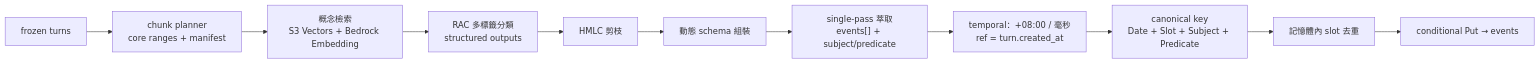
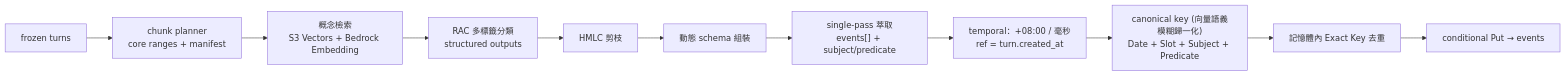
Before and after one commit to 45678XYZ/ai-elder-care: the diagram in docs/feature_events-extraction.md, drawn with Mermaid. The commit also changed other lines of this file, not shown here.

Commit message:
docs(extraction): document open-world predicate resolution and event disaggregation

````diff
--- a/docs/feature_events-extraction.md
+++ b/docs/feature_events-extraction.md
@@ -81,13 +85,13 @@
 ```mermaid
 flowchart LR
     turns["frozen turns"] --> plan["chunk planner<br/>core ranges + manifest"]
     plan --> ret["概念檢索<br/>S3 Vectors + Bedrock Embedding"]
     ret --> cls["RAC 多標籤分類<br/>structured outputs"]
     cls --> prune["HMLC 剪枝"]
     prune --> compose["動態 schema 組裝"]
     compose --> ext["single-pass 萃取<br/>events[] + subject/predicate"]
     ext --> temp["temporal：+08:00 / 毫秒<br/>ref = turn.created_at"]
-    temp --> canon["canonical key<br/>Date + Slot + Subject + Predicate"]
-    canon --> dedup["記憶體內 slot 去重"]
+    temp --> canon["canonical key (向量語義模糊歸一化)<br/>Date + Slot + Subject + Predicate"]
+    canon --> dedup["記憶體內 Exact Key 去重"]
     dedup --> put["conditional Put → events"]
 ```
````
